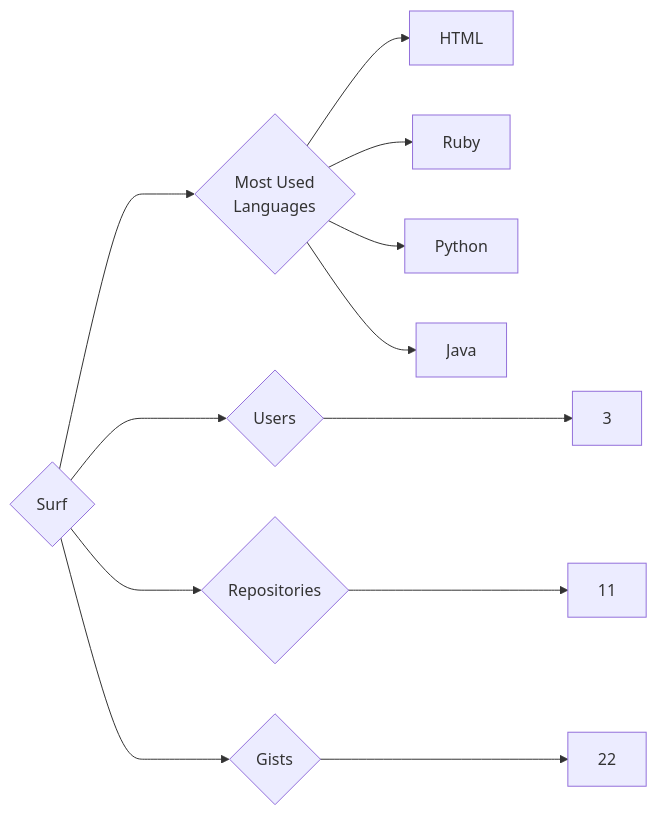
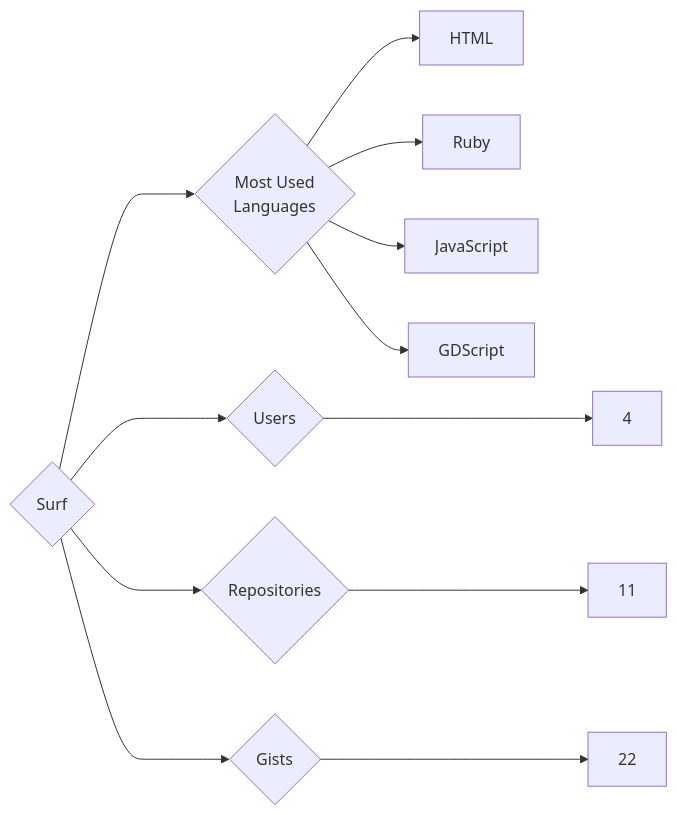
One commit to trickest/insiders changed the diagram in targets/Surf/README.md. Above: the diagram before and after it, drawn with Mermaid. The commit also changed 823 other files, not shown here.

````diff
--- a/targets/Surf/README.md
+++ b/targets/Surf/README.md
@@ -3,12 +3,12 @@
 ```mermaid
 graph LR
 COMPANY_NAME{Surf}
-COMPANY_NAME ---> U{Users} ---> UN[3]
+COMPANY_NAME ---> U{Users} ---> UN[4]
 COMPANY_NAME ---> R{Repositories} ---> RN[11]
 COMPANY_NAME ---> G{Gists} ---> GN[22]
 COMPANY_NAME ---> ML{Most Used<br>Languages}
 ML --> HTML[HTML]
 ML --> Ruby[Ruby]
-ML --> Python[Python]
-ML --> Java[Java]
+ML --> JavaScript[JavaScript]
+ML --> GDScript[GDScript]
 ```
````
